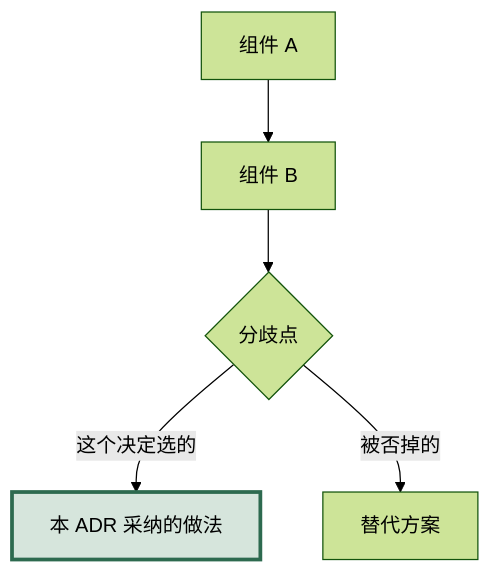
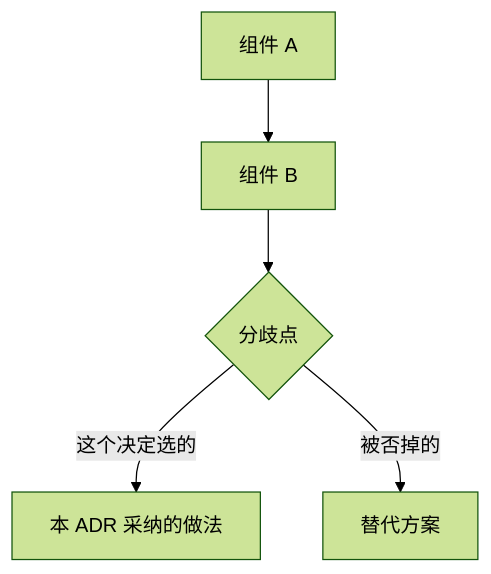
Before and after one commit to g4berolo/XGameHarness: the diagram in plugins/game-studio-core/docs/templates/architecture-decision-record.md, drawn with Mermaid (forest theme). The commit also changed other lines of this file and 4 other files, not shown here.

First line of the commit message:
docs(diagrams): spatial illustrations in ```svg, and every diagram names its colours instead of writing them

````diff
--- a/plugins/game-studio-core/docs/templates/architecture-decision-record.md
+++ b/plugins/game-studio-core/docs/templates/architecture-decision-record.md
@@ -50,8 +50,9 @@
 ```mermaid
 flowchart TD
     A[组件 A] --> B[组件 B]
     B --> C{分歧点}
     C -->|这个决定选的| D[本 ADR 采纳的做法]
     C -->|被否掉的| E[替代方案]
-    style D fill:#d6e5dc,stroke:#2d6a4f,stroke-width:3px
+    class D key
+    class E ghost
 ```
````
